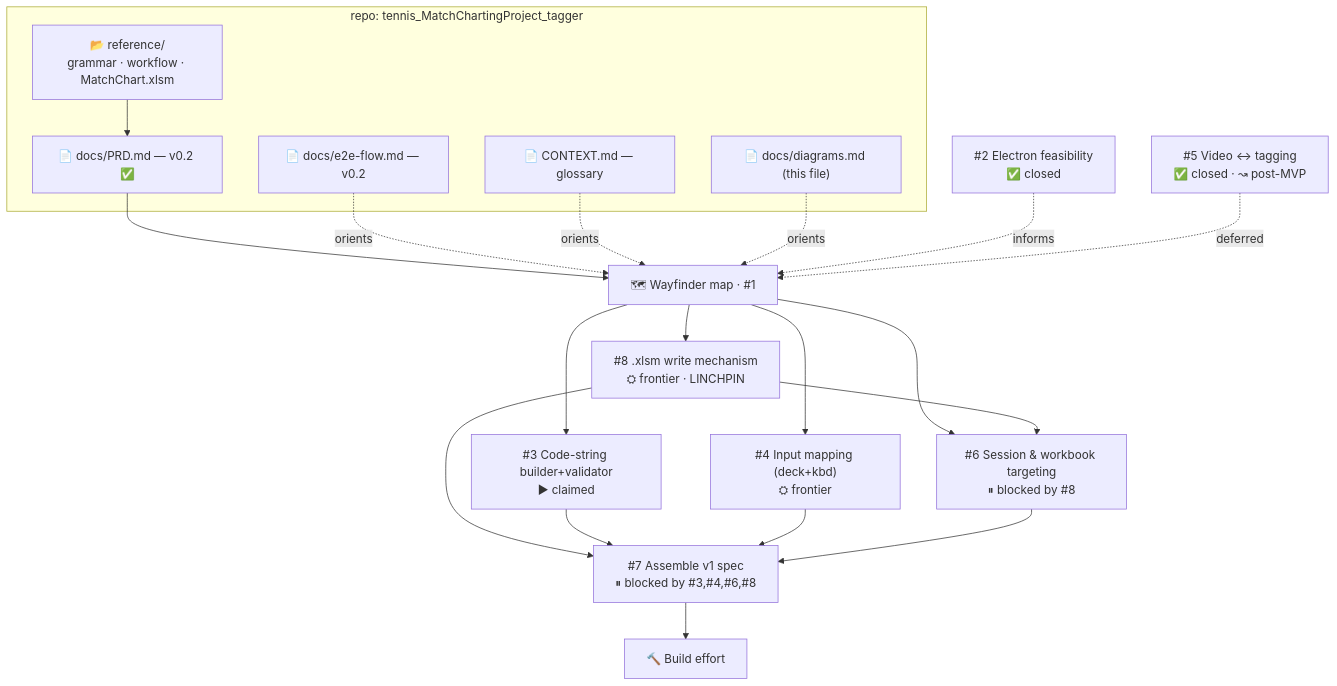
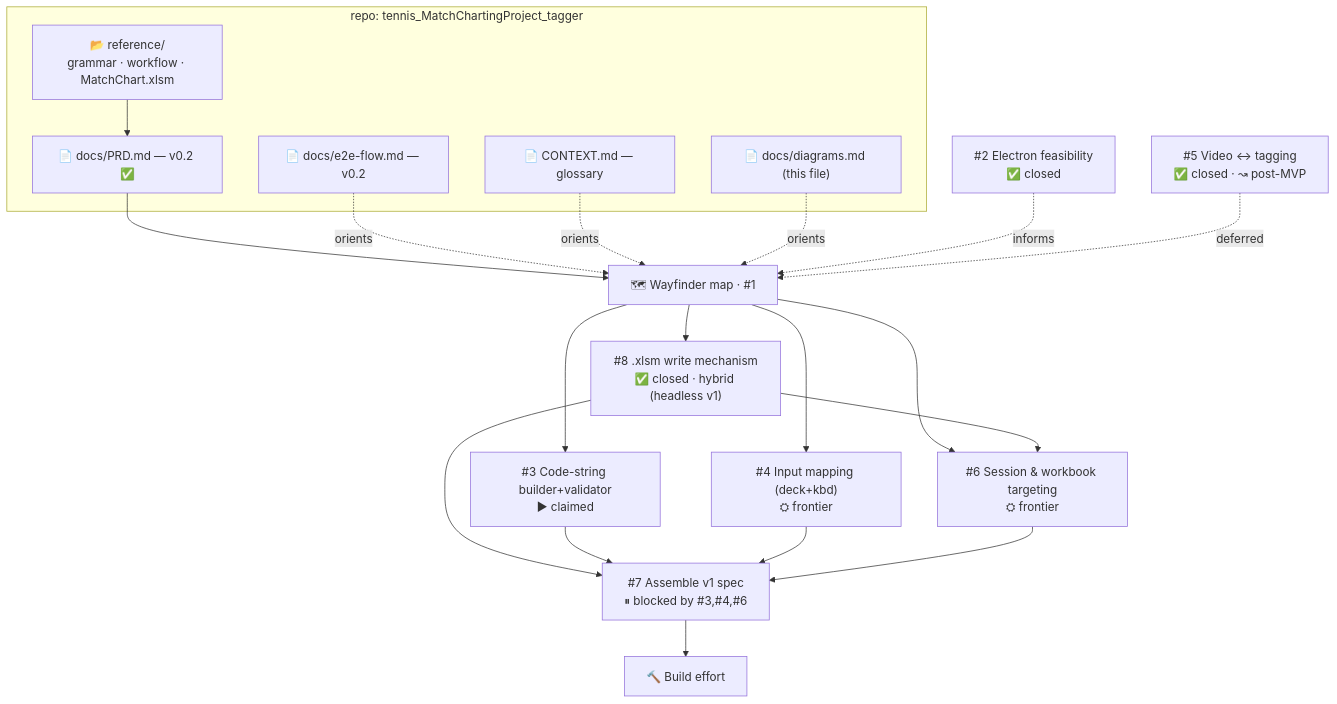
One commit to lpridpath/tennis_MatchChartingProject_tagger changed the second of 2 diagrams in docs/diagrams.md. Above: the diagram before and after it, drawn with Mermaid. The commit also changed other lines of this file and 4 other files, not shown here.

First line of the commit message:
Resolve #8 write mechanism; hybrid headless-now/live-later

````diff
--- a/docs/diagrams.md
+++ b/docs/diagrams.md
@@ -53,37 +53,37 @@
 ```mermaid
 flowchart TD
   subgraph REPO["repo: tennis_MatchChartingProject_tagger"]
     REF["📂 reference/<br/>grammar · workflow · MatchChart.xlsm"]
     PRD["📄 docs/PRD.md — v0.2 ✅"]
     E2E["📄 docs/e2e-flow.md — v0.2"]
     CTX["📄 CONTEXT.md — glossary"]
     DIAG["📄 docs/diagrams.md (this file)"]
   end
 
   MAP["🗺 Wayfinder map · #1"]
   R2["#2 Electron feasibility<br/>✅ closed"]
-  T8["#8 .xlsm write mechanism<br/>⛭ frontier · LINCHPIN"]
+  T8["#8 .xlsm write mechanism<br/>✅ closed · hybrid (headless v1)"]
   T3["#3 Code-string builder+validator<br/>▶ claimed"]
   T4["#4 Input mapping (deck+kbd)<br/>⛭ frontier"]
-  T6["#6 Session & workbook targeting<br/>⏸ blocked by #8"]
+  T6["#6 Session & workbook targeting<br/>⛭ frontier"]
   T5["#5 Video ↔ tagging<br/>✅ closed · ↝ post-MVP"]
-  T7["#7 Assemble v1 spec<br/>⏸ blocked by #3,#4,#6,#8"]
+  T7["#7 Assemble v1 spec<br/>⏸ blocked by #3,#4,#6"]
   BUILD["🔨 Build effort"]
 
   REF --> PRD --> MAP
   E2E -.orients.-> MAP
   CTX -.orients.-> MAP
   DIAG -.orients.-> MAP
   R2 -.informs.-> MAP
   T5 -.deferred.-> MAP
   MAP --> T8
   MAP --> T3
   MAP --> T4
   MAP --> T6
   T8 --> T6
   T8 --> T7
   T3 --> T7
   T4 --> T7
   T6 --> T7
   T7 --> BUILD
 ```
````
